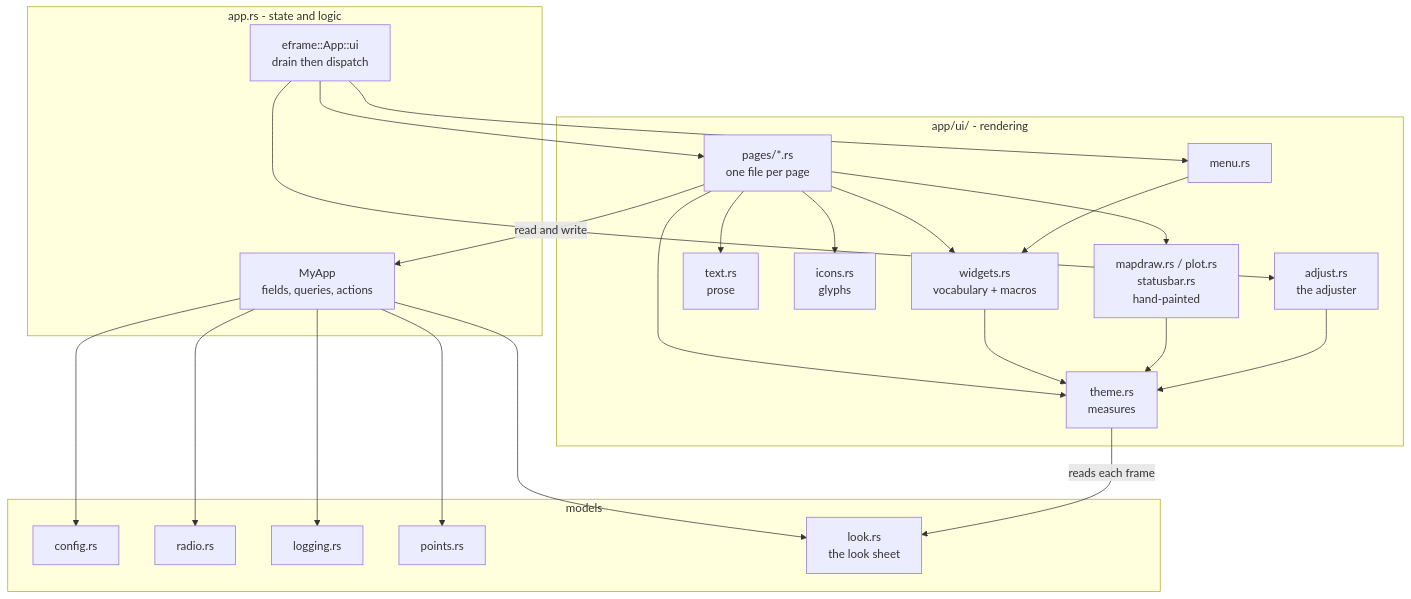
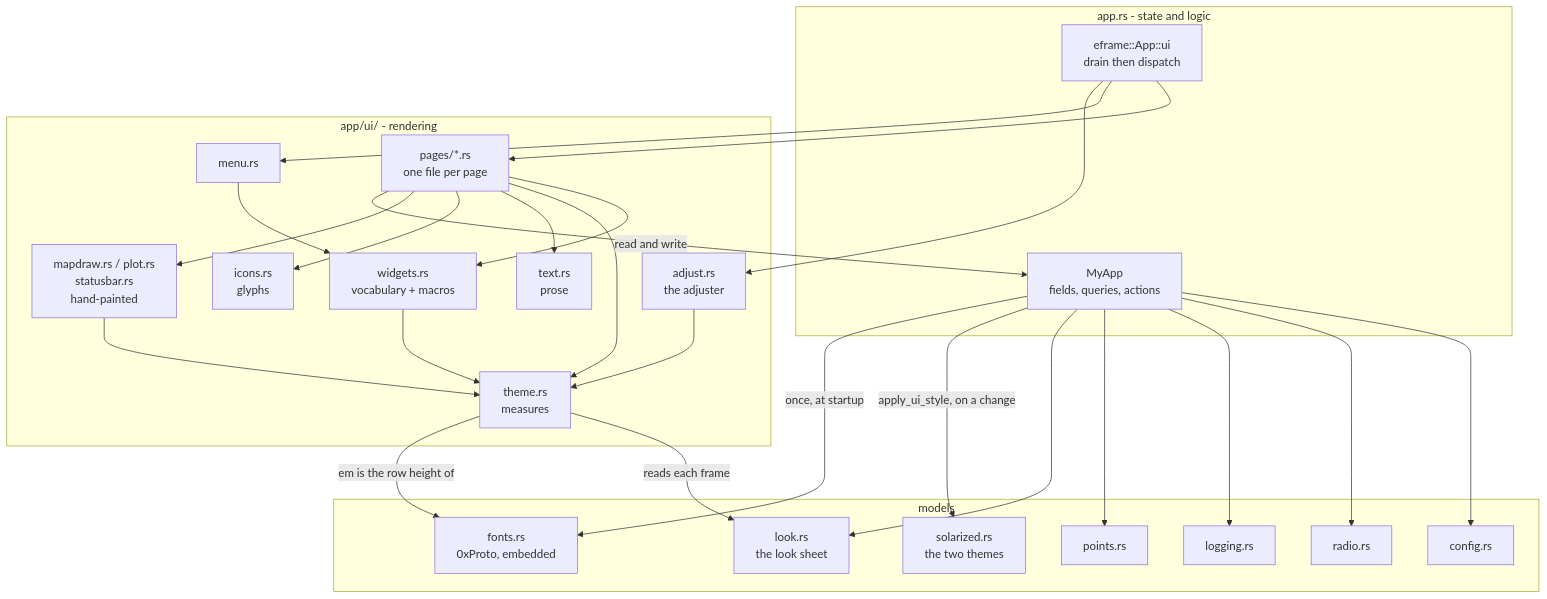
The diagram in docs/ui.md (Telemety-In-Midair/gps-gui-rs), drawn with Mermaid before and after one commit. The commit also changed other lines of this file and 13 other files, not shown here.

````diff
--- a/docs/ui.md
+++ b/docs/ui.md
@@ -47,44 +52,49 @@
 ```mermaid
 graph TD
     subgraph state["app.rs - state and logic"]
         MyApp["MyApp<br/>fields, queries, actions"]
         Loop["eframe::App::ui<br/>drain then dispatch"]
     end
     subgraph view["app/ui/ - rendering"]
         Pages["pages/*.rs<br/>one file per page"]
         Widgets["widgets.rs<br/>vocabulary + macros"]
         Theme["theme.rs<br/>measures"]
         Text["text.rs<br/>prose"]
         Icons["icons.rs<br/>glyphs"]
         Menu["menu.rs"]
         Draw["mapdraw.rs / plot.rs<br/>statusbar.rs<br/>hand-painted"]
         Adjust["adjust.rs<br/>the adjuster"]
     end
     subgraph model["models"]
         Config["config.rs"]
         Radio["radio.rs"]
         Logging["logging.rs"]
         Points["points.rs"]
         Look["look.rs<br/>the look sheet"]
+        Solarized["solarized.rs<br/>the two themes"]
+        Fonts["fonts.rs<br/>0xProto, embedded"]
     end
 
     Loop --> Pages
     Loop --> Menu
     Pages --> Widgets
     Pages --> Theme
     Pages --> Text
     Pages --> Icons
     Pages --> Draw
     Menu --> Widgets
     Widgets --> Theme
     Draw --> Theme
     Pages -->|read and write| MyApp
     MyApp --> Config
     MyApp --> Radio
     MyApp --> Logging
     MyApp --> Points
     MyApp --> Look
+    MyApp -->|apply_ui_style, on a change| Solarized
+    MyApp -->|once, at startup| Fonts
     Theme -->|reads each frame| Look
+    Theme -->|em is the row height of| Fonts
     Loop --> Adjust
     Adjust --> Theme
 ```
````
